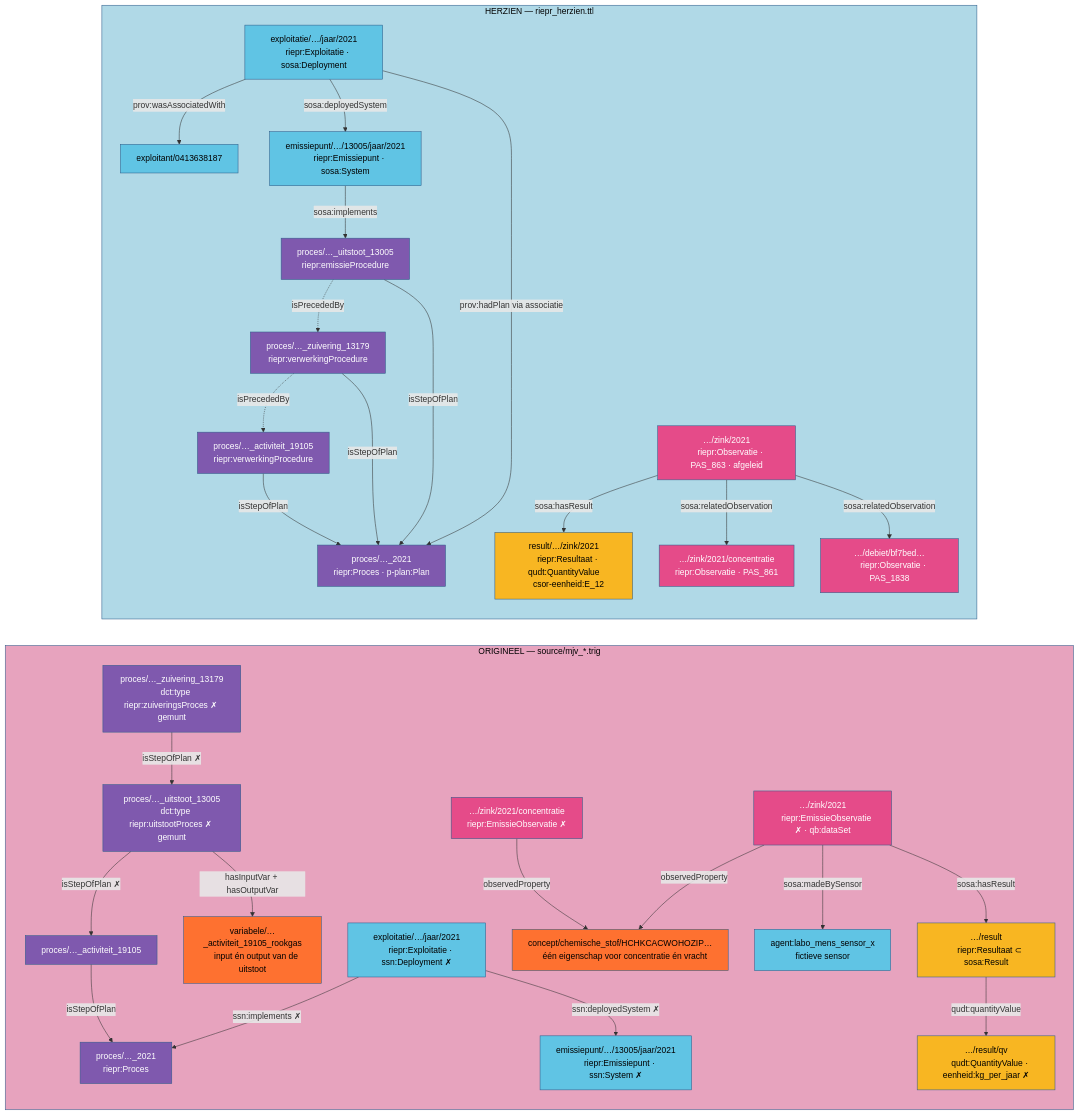
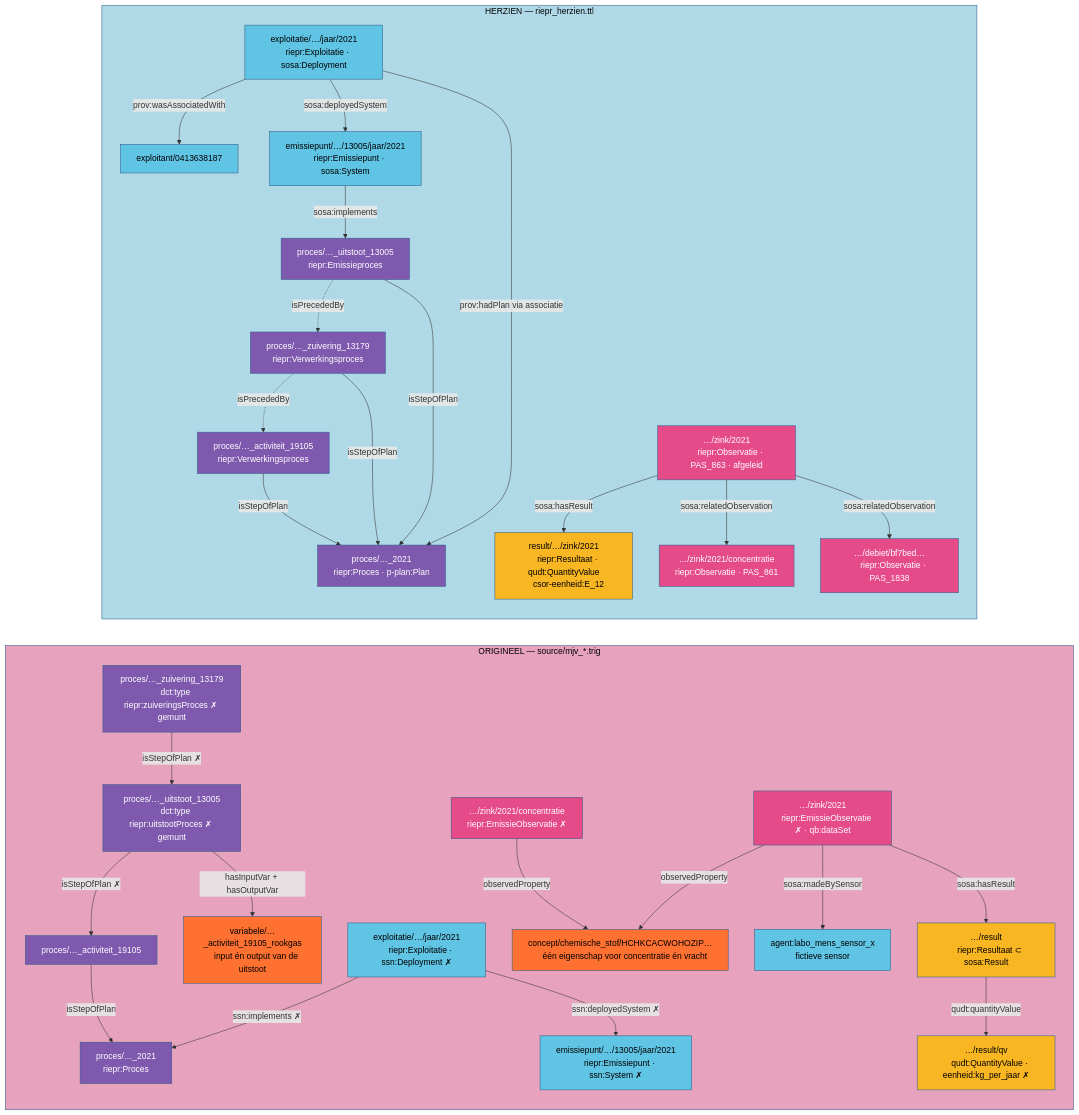
Before and after one commit to Informatievlaanderen/OSLOthema-SSNSOSA-VL: the diagram in src/main/input/riepr/riepr_vergelijking.mmd, drawn with Mermaid. The commit also changed 5 other files, not shown here.

```diff
--- a/src/main/input/riepr/riepr_vergelijking.mmd
+++ b/src/main/input/riepr/riepr_vergelijking.mmd
@@ -1,110 +1,110 @@
 flowchart LR
 
 subgraph ORIG["ORIGINEEL — source/mjv_*.trig"]
     OPLAN["proces/…_2021
     riepr:Proces"]
     OACT["proces/…_activiteit_19105"]
     OUIT["proces/…_uitstoot_13005
     dct:type riepr:uitstootProces ✗ gemunt"]
     OZUI["proces/…_zuivering_13179
     dct:type riepr:zuiveringsProces ✗ gemunt"]
     OVAR["variabele/…_activiteit_19105_rookgas
     input én output van de uitstoot"]
     ODEP["exploitatie/…/jaar/2021
     riepr:Exploitatie · ssn:Deployment ✗"]
     OEP["emissiepunt/…/13005/jaar/2021
     riepr:Emissiepunt · ssn:System ✗"]
     OOBS_C["…/zink/2021/concentratie
     riepr:EmissieObservatie ✗"]
     OOBS_V["…/zink/2021
     riepr:EmissieObservatie ✗ · qb:dataSet"]
     OSTOF["concept/chemische_stof/HCHKCACWOHOZIP…
     één eigenschap voor concentratie én vracht"]
     ORES["…/result
     riepr:Resultaat ⊂ sosa:Result"]
     OQV["…/result/qv
     qudt:QuantityValue · eenheid:kg_per_jaar ✗"]
     OSENS["agent:labo_mens_sensor_x
     fictieve sensor"]
 end
 
 subgraph HERZ["HERZIEN — riepr_herzien.ttl"]
     HPLAN["proces/…_2021
     riepr:Proces · p-plan:Plan"]
     HACT["proces/…_activiteit_19105
-    riepr:verwerkingProcedure"]
+    riepr:Verwerkingsproces"]
     HZUI["proces/…_zuivering_13179
-    riepr:verwerkingProcedure"]
+    riepr:Verwerkingsproces"]
     HUIT["proces/…_uitstoot_13005
-    riepr:emissieProcedure"]
+    riepr:Emissieproces"]
     HEXP["exploitant/0413638187"]
     HDEP["exploitatie/…/jaar/2021
     riepr:Exploitatie · sosa:Deployment"]
     HEP["emissiepunt/…/13005/jaar/2021
     riepr:Emissiepunt · sosa:System"]
     HOBS_C["…/zink/2021/concentratie
     riepr:Observatie · PAS_861"]
     HOBS_Q["…/debiet/bf7bed…
     riepr:Observatie · PAS_1838"]
     HOBS_V["…/zink/2021
     riepr:Observatie · PAS_863 · afgeleid"]
     HRES_V["result/…/zink/2021
     riepr:Resultaat · qudt:QuantityValue
     csor-eenheid:E_12"]
 end
 
 style ORIG fill:#e7a3be,stroke:#2E5C8A,color:#000
 style HERZ fill:#b0d9e7,stroke:#2E5C8A,color:#000
 
 style OPLAN fill:#7f59ae,stroke:#2E5C8A,color:#fff
 style OACT fill:#7f59ae,stroke:#2E5C8A,color:#fff
 style OUIT fill:#7f59ae,stroke:#2E5C8A,color:#fff
 style OZUI fill:#7f59ae,stroke:#2E5C8A,color:#fff
 style OVAR fill:#fe7130,stroke:#2E5C8A,color:#000
 style ODEP fill:#60c4e4,stroke:#2E5C8A,color:#000
 style OEP fill:#60c4e4,stroke:#2E5C8A,color:#000
 style OOBS_C fill:#e54b89,stroke:#2E5C8A,color:#fff
 style OOBS_V fill:#e54b89,stroke:#2E5C8A,color:#fff
 style OSTOF fill:#fe7130,stroke:#2E5C8A,color:#000
 style ORES fill:#f8b622,stroke:#2E5C8A,color:#000
 style OQV fill:#f8b622,stroke:#2E5C8A,color:#000
 style OSENS fill:#60c4e4,stroke:#2E5C8A,color:#000
 
 style HPLAN fill:#7f59ae,stroke:#2E5C8A,color:#fff
 style HACT fill:#7f59ae,stroke:#2E5C8A,color:#fff
 style HZUI fill:#7f59ae,stroke:#2E5C8A,color:#fff
 style HUIT fill:#7f59ae,stroke:#2E5C8A,color:#fff
 style HEXP fill:#60c4e4,stroke:#2E5C8A,color:#000
 style HDEP fill:#60c4e4,stroke:#2E5C8A,color:#000
 style HEP fill:#60c4e4,stroke:#2E5C8A,color:#000
 style HOBS_C fill:#e54b89,stroke:#2E5C8A,color:#fff
 style HOBS_Q fill:#e54b89,stroke:#2E5C8A,color:#fff
 style HOBS_V fill:#e54b89,stroke:#2E5C8A,color:#fff
 style HRES_V fill:#f8b622,stroke:#2E5C8A,color:#000
 
 %% origineel: geneste stappen, deployment implementeert het plan
 OZUI -->|isStepOfPlan ✗| OUIT
 OUIT -->|isStepOfPlan ✗| OACT
 OACT -->|isStepOfPlan| OPLAN
 OUIT -->|hasInputVar + hasOutputVar| OVAR
 ODEP -->|ssn:implements ✗| OPLAN
 ODEP -->|ssn:deployedSystem ✗| OEP
 OOBS_C -->|observedProperty| OSTOF
 OOBS_V -->|observedProperty| OSTOF
 OOBS_V -->|sosa:madeBySensor| OSENS
 OOBS_V -->|sosa:hasResult| ORES
 ORES -->|qudt:quantityValue| OQV
 
 %% herzien: vlakke stappen in volgorde, plan via de associatie, vracht afgeleid
 HACT -->|isStepOfPlan| HPLAN
 HZUI -->|isStepOfPlan| HPLAN
 HUIT -->|isStepOfPlan| HPLAN
 HZUI -.->|isPrecededBy| HACT
 HUIT -.->|isPrecededBy| HZUI
 HDEP -->|prov:hadPlan via associatie| HPLAN
 HDEP -->|prov:wasAssociatedWith| HEXP
 HDEP -->|sosa:deployedSystem| HEP
 HEP -->|sosa:implements| HUIT
 HOBS_V -->|sosa:hasResult| HRES_V
 HOBS_V -->|sosa:relatedObservation| HOBS_C
 HOBS_V -->|sosa:relatedObservation| HOBS_Q
```
